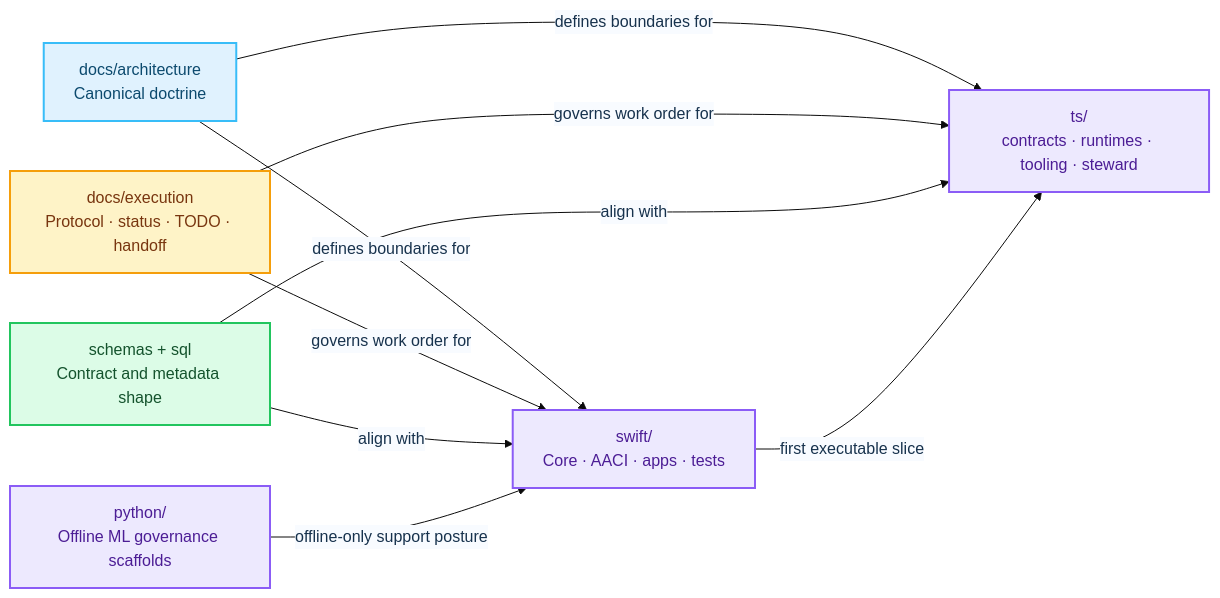
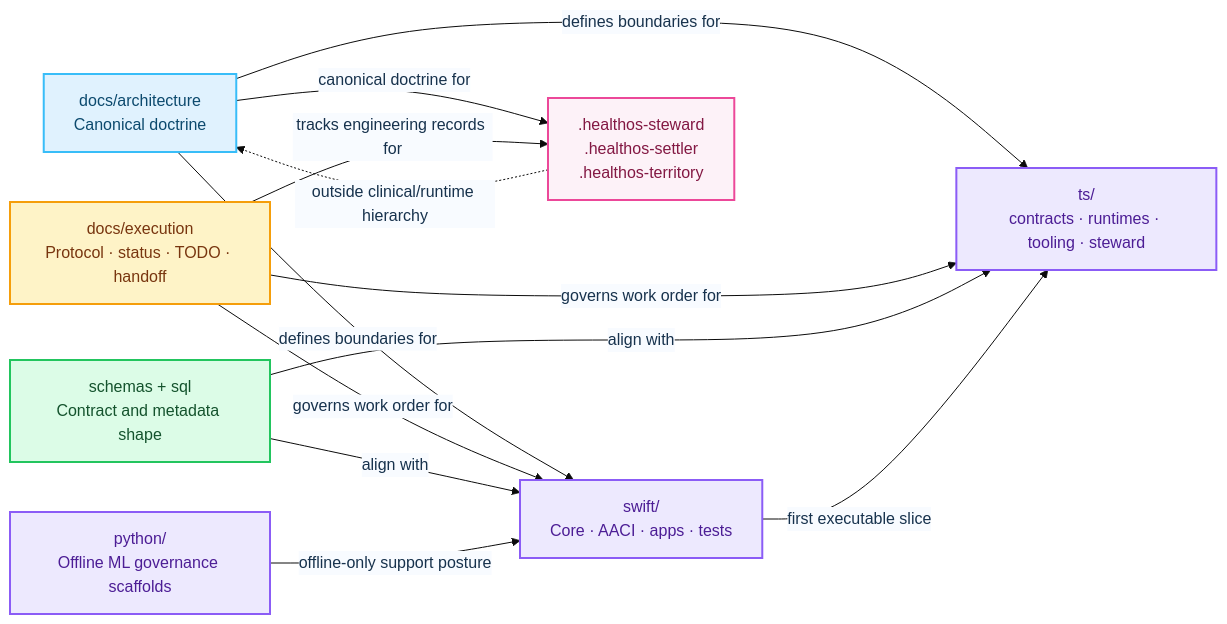
The fourth of 6 diagrams in README.md (myselfgus/HealthOScaffold), drawn with Mermaid before and after one commit. The commit also changed other lines of this file and 10 other files, not shown here.

Commit message:
docs: add settler territory entrypoints

````diff
--- a/README.md
+++ b/README.md
@@ -179,24 +183,29 @@
 ```mermaid
 %%{init: {'theme': 'base', 'themeVariables': {'primaryColor': '#f5faff', 'primaryBorderColor': '#c6ddf5', 'primaryTextColor': '#17324d', 'clusterBkg': '#ffffff', 'clusterBorder': '#dbeafe', 'titleColor': '#0f172a', 'edgeLabelBackground': '#f8fbff', 'fontFamily': 'ui-rounded, -apple-system, BlinkMacSystemFont, sans-serif'}}}%%
 graph LR
     classDef docs fill:#e0f2fe,stroke:#38bdf8,stroke-width:2px,color:#0c4a6e
     classDef exec fill:#fef3c7,stroke:#f59e0b,stroke-width:2px,color:#78350f
     classDef code fill:#ede9fe,stroke:#8b5cf6,stroke-width:2px,color:#4c1d95
     classDef data fill:#dcfce7,stroke:#22c55e,stroke-width:2px,color:#14532d
+    classDef agent fill:#fdf2f8,stroke:#ec4899,stroke-width:2px,color:#831843
 
     D[docs/architecture\nCanonical doctrine]:::docs
     E[docs/execution\nProtocol · status · TODO · handoff]:::exec
     S[schemas + sql\nContract and metadata shape]:::data
     W[swift/\nCore · AACI · apps · tests]:::code
     T[ts/\ncontracts · runtimes · tooling · steward]:::code
     P[python/\nOffline ML governance scaffolds]:::code
+    EG[.healthos-steward\n.healthos-settler\n.healthos-territory]:::agent
 
     D -->|defines boundaries for| W
     D -->|defines boundaries for| T
+    D -->|canonical doctrine for| EG
     E -->|governs work order for| W
     E -->|governs work order for| T
+    E -->|tracks engineering records for| EG
     S -->|align with| W
     S -->|align with| T
     W -->|first executable slice| T
     P -->|offline-only support posture| W
+    EG -. outside clinical/runtime hierarchy .-> D
 ```
````
